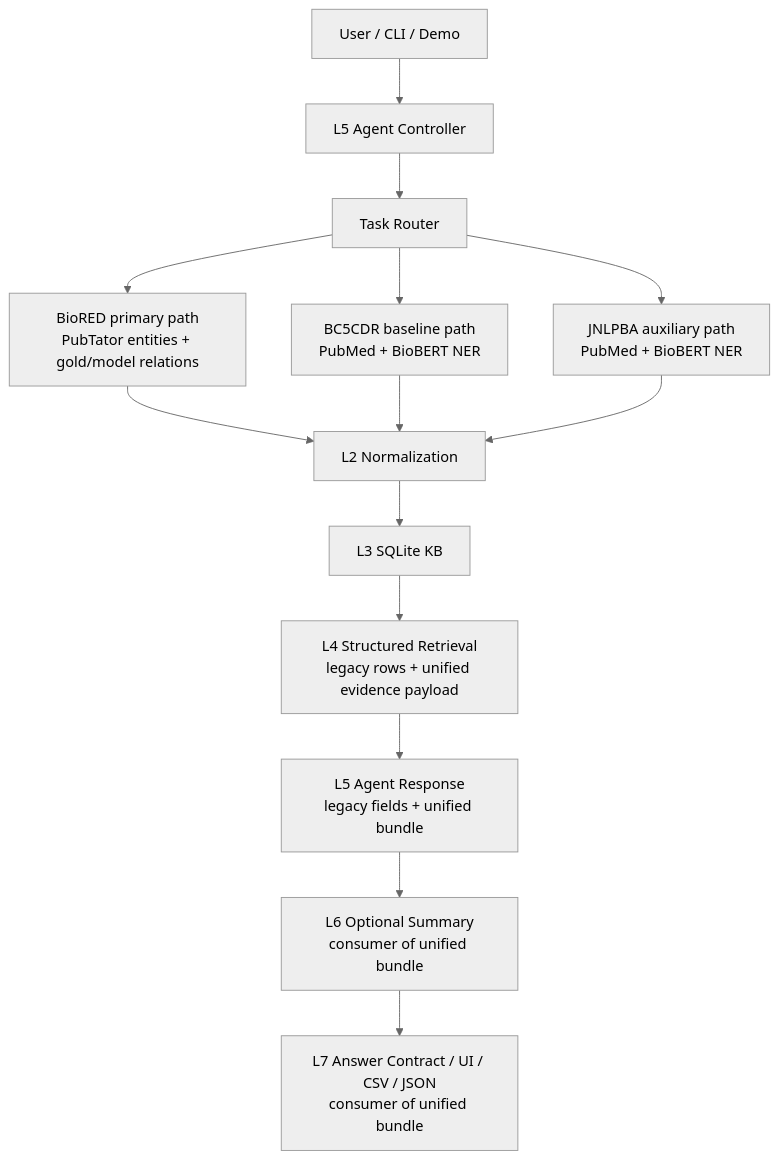
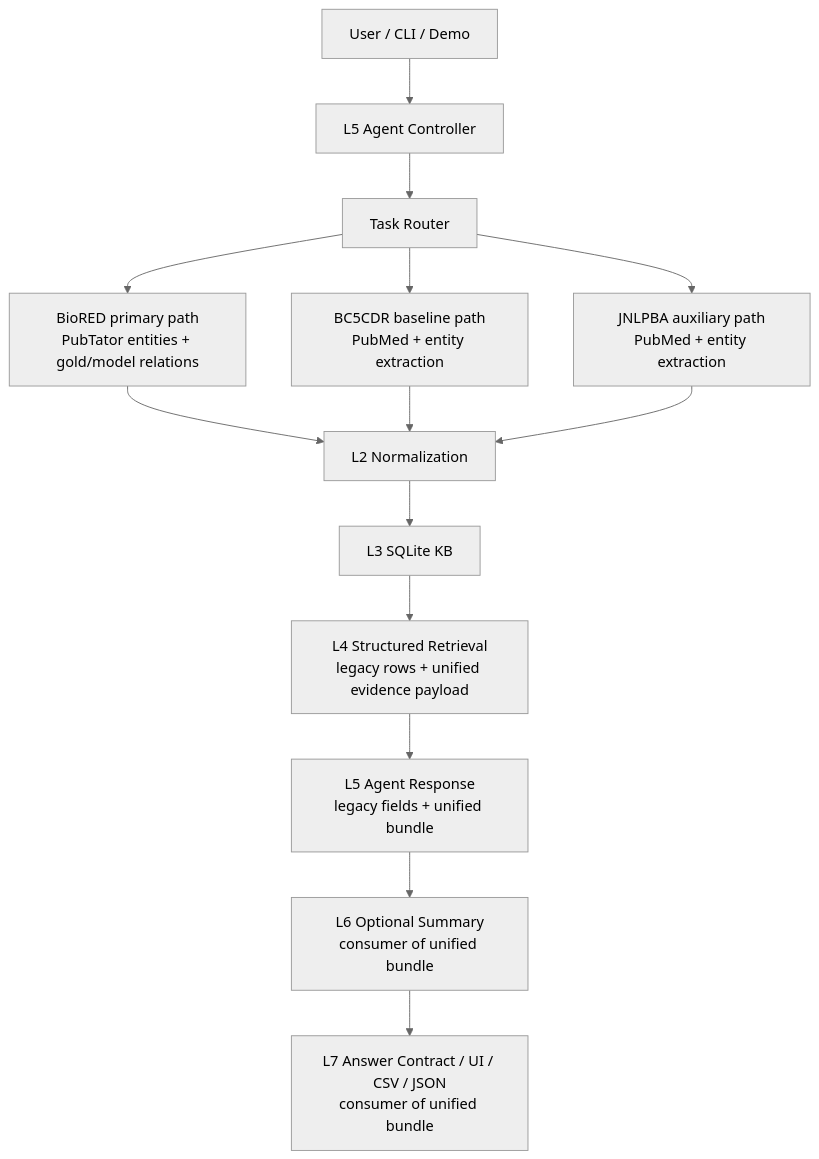
Before and after one commit to Yi104/biomedical_literature_intelligence_engine: the diagram in SYSTEM_DESIGN.md, drawn with Mermaid (neutral theme). The commit also changed other lines of this file and 7 other files, not shown here.

````diff
--- a/SYSTEM_DESIGN.md
+++ b/SYSTEM_DESIGN.md
@@ -42,19 +50,19 @@
 ```mermaid
 flowchart TB
     U["User / CLI / Demo"] --> A["L5 Agent Controller"]
     A --> R["Task Router"]
 
     R --> B["BioRED primary path<br/>PubTator entities + gold/model relations"]
-    R --> C["BC5CDR baseline path<br/>PubMed + BioBERT NER"]
-    R --> D["JNLPBA auxiliary path<br/>PubMed + BioBERT NER"]
+    R --> C["BC5CDR baseline path<br/>PubMed + entity extraction"]
+    R --> D["JNLPBA auxiliary path<br/>PubMed + entity extraction"]
 
     B --> N["L2 Normalization"]
     C --> N
     D --> N
 
     N --> K["L3 SQLite KB"]
     K --> Q["L4 Structured Retrieval<br/>legacy rows + unified evidence payload"]
     Q --> S["L5 Agent Response<br/>legacy fields + unified bundle"]
     S --> T["L6 Optional Summary<br/>consumer of unified bundle"]
     T --> O["L7 Answer Contract / UI / CSV / JSON<br/>consumer of unified bundle"]
 ```
````
